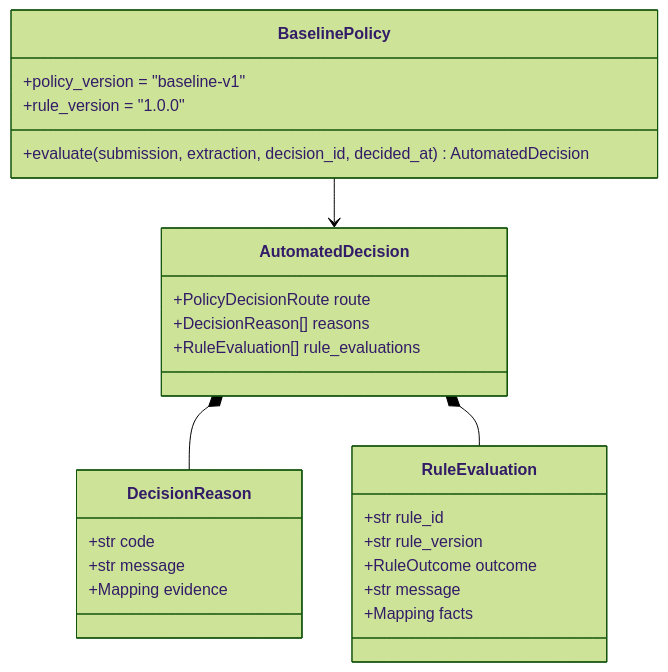
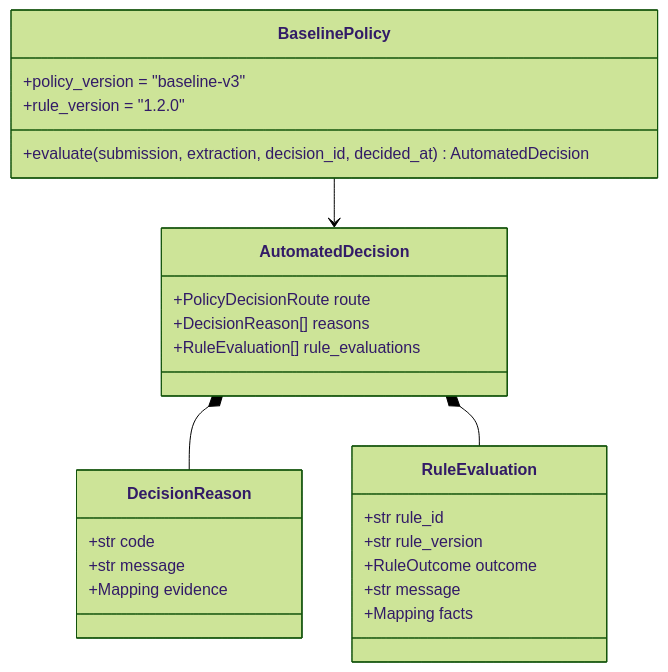
One commit to Dev-Luigy/automation_luigygabriel changed the fourth of 5 diagrams in docs/domain-model.md. Above: the diagram before and after it, drawn with Mermaid (forest theme). The commit also changed other lines of this file and 10 other files, not shown here.

Commit message:
docs: align architecture and traceability model

````diff
--- a/docs/domain-model.md
+++ b/docs/domain-model.md
@@ -183,29 +247,29 @@
 ```mermaid
 classDiagram
     class BaselinePolicy {
-        +policy_version = "baseline-v1"
-        +rule_version = "1.0.0"
+        +policy_version = "baseline-v3"
+        +rule_version = "1.2.0"
         +evaluate(submission, extraction, decision_id, decided_at) AutomatedDecision
     }
     class AutomatedDecision {
         +PolicyDecisionRoute route
         +DecisionReason[] reasons
         +RuleEvaluation[] rule_evaluations
     }
     class DecisionReason {
         +str code
         +str message
         +Mapping evidence
     }
     class RuleEvaluation {
         +str rule_id
         +str rule_version
         +RuleOutcome outcome
         +str message
         +Mapping facts
     }
 
     BaselinePolicy --> AutomatedDecision
     AutomatedDecision *-- DecisionReason
     AutomatedDecision *-- RuleEvaluation
 ```
````
